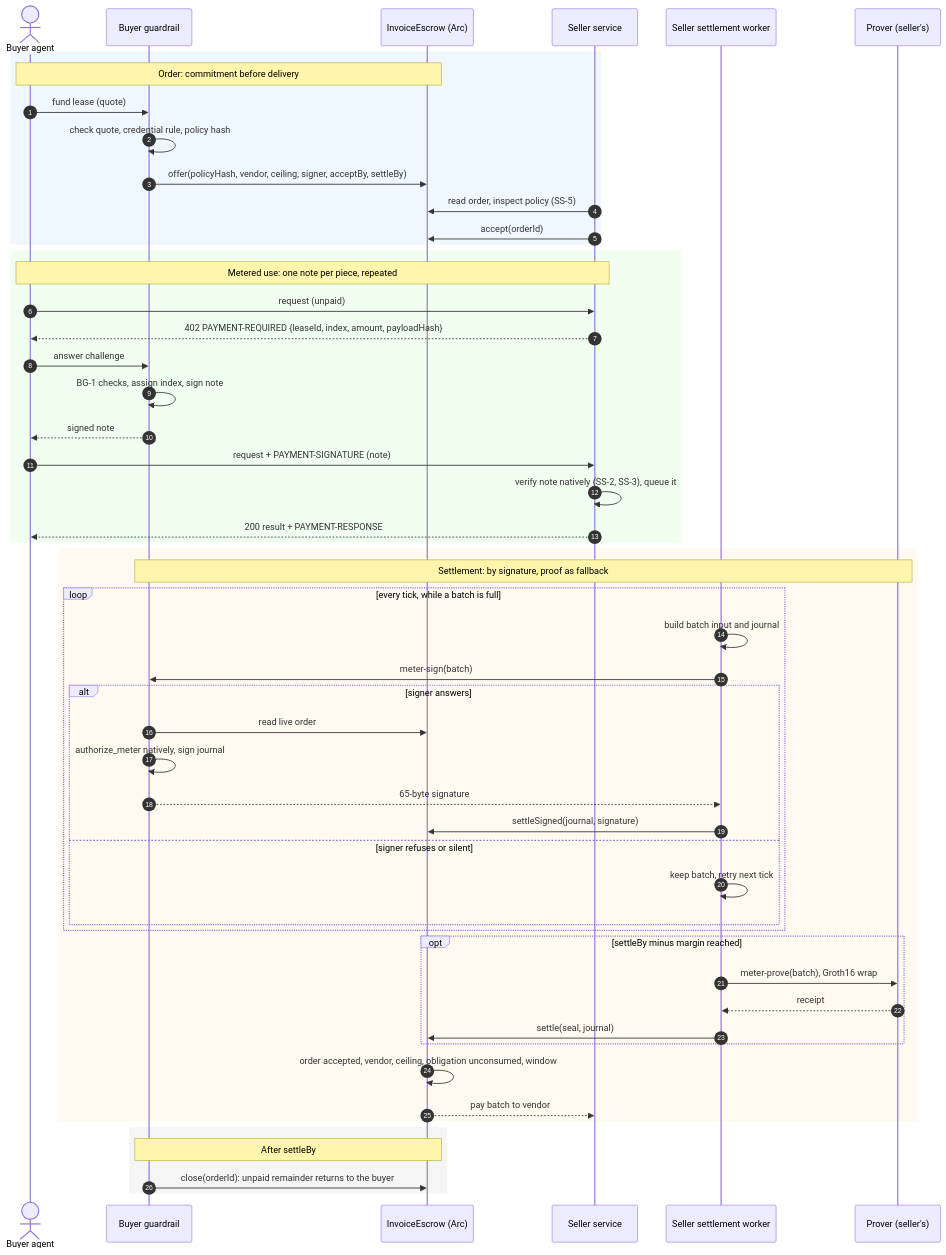
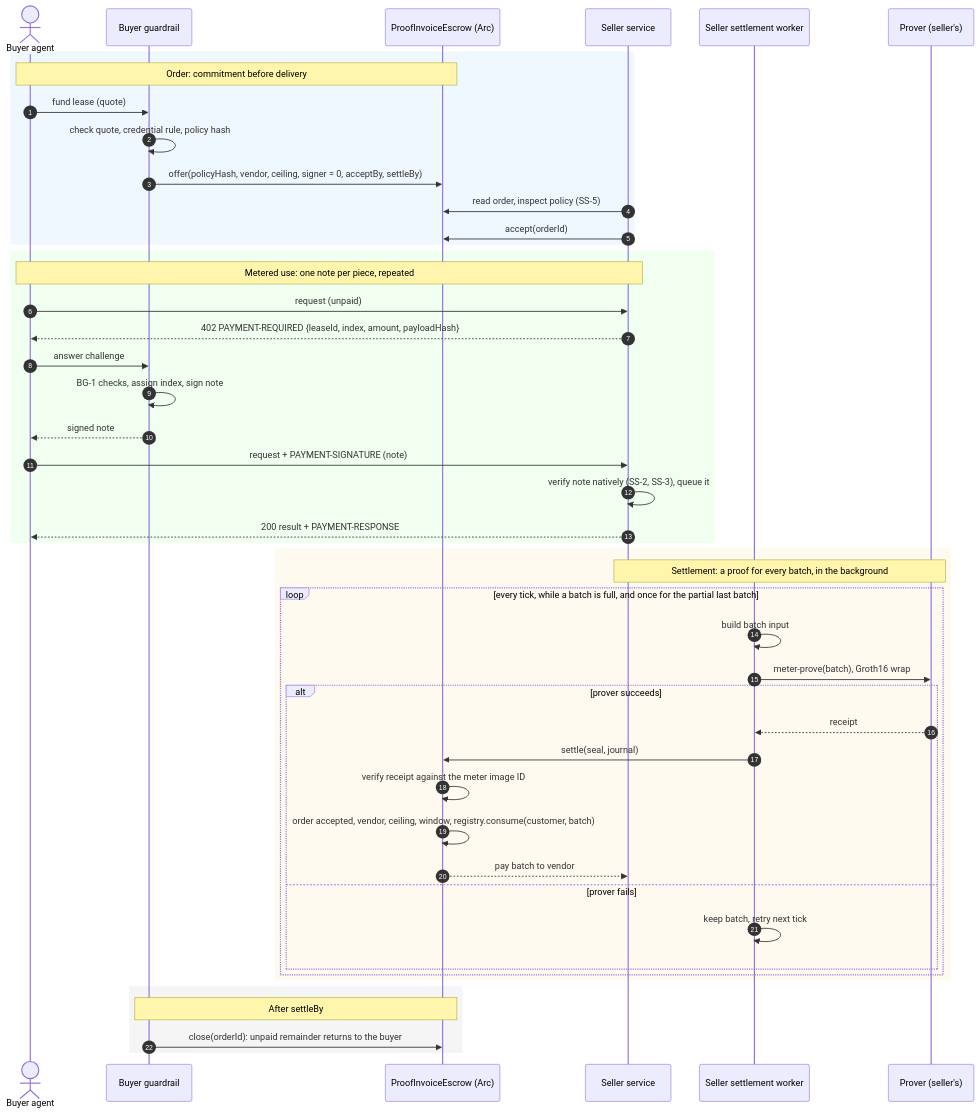
Before and after one commit to mnemonik-xyz/policy-execution: the first of 2 diagrams in docs/product/lease-evidence.md, drawn with Mermaid. The commit also changed other lines of this file and 2 other files, not shown here.

First line of the commit message:
Metered payment: a proof for every batch on the proof-only escrow (#25)

````diff
--- a/docs/product/lease-evidence.md
+++ b/docs/product/lease-evidence.md
@@ -108,59 +122,53 @@
 ```mermaid
 sequenceDiagram
     autonumber
     actor Agent as Buyer agent
     participant Guard as Buyer guardrail
-    participant Escrow as InvoiceEscrow (Arc)
+    participant Escrow as ProofInvoiceEscrow (Arc)
     participant Svc as Seller service
     participant Worker as Seller settlement worker
     participant Prover as Prover (seller's)
 
     rect rgb(240, 248, 255)
     Note over Agent,Escrow: Order: commitment before delivery
     Agent->>Guard: fund lease (quote)
     Guard->>Guard: check quote, credential rule, policy hash
-    Guard->>Escrow: offer(policyHash, vendor, ceiling, signer, acceptBy, settleBy)
+    Guard->>Escrow: offer(policyHash, vendor, ceiling, signer = 0, acceptBy, settleBy)
     Svc->>Escrow: read order, inspect policy (SS-5)
     Svc->>Escrow: accept(orderId)
     end
 
     rect rgb(240, 255, 240)
     Note over Agent,Svc: Metered use: one note per piece, repeated
     Agent->>Svc: request (unpaid)
     Svc-->>Agent: 402 PAYMENT-REQUIRED {leaseId, index, amount, payloadHash}
     Agent->>Guard: answer challenge
     Guard->>Guard: BG-1 checks, assign index, sign note
     Guard-->>Agent: signed note
     Agent->>Svc: request + PAYMENT-SIGNATURE (note)
     Svc->>Svc: verify note natively (SS-2, SS-3), queue it
     Svc-->>Agent: 200 result + PAYMENT-RESPONSE
     end
 
     rect rgb(255, 250, 240)
-    Note over Guard,Prover: Settlement: by signature, proof as fallback
-    loop every tick, while a batch is full
-        Worker->>Worker: build batch input and journal
-        Worker->>Guard: meter-sign(batch)
-        alt signer answers
-            Guard->>Escrow: read live order
-            Guard->>Guard: authorize_meter natively, sign journal
-            Guard-->>Worker: 65-byte signature
-            Worker->>Escrow: settleSigned(journal, signature)
-        else signer refuses or silent
+    Note over Svc,Prover: Settlement: a proof for every batch, in the background
+    loop every tick, while a batch is full, and once for the partial last batch
+        Worker->>Worker: build batch input
+        Worker->>Prover: meter-prove(batch), Groth16 wrap
+        alt prover succeeds
+            Prover-->>Worker: receipt
+            Worker->>Escrow: settle(seal, journal)
+            Escrow->>Escrow: verify receipt against the meter image ID
+            Escrow->>Escrow: order accepted, vendor, ceiling, window, registry.consume(customer, batch)
+            Escrow-->>Svc: pay batch to vendor
+        else prover fails
             Worker->>Worker: keep batch, retry next tick
         end
     end
-    opt settleBy minus margin reached
-        Worker->>Prover: meter-prove(batch), Groth16 wrap
-        Prover-->>Worker: receipt
-        Worker->>Escrow: settle(seal, journal)
-    end
-    Escrow->>Escrow: order accepted, vendor, ceiling, obligation unconsumed, window
-    Escrow-->>Svc: pay batch to vendor
     end
 
     rect rgb(245, 245, 245)
     Note over Guard,Escrow: After settleBy
     Guard->>Escrow: close(orderId): unpaid remainder returns to the buyer
     end
 ```
````
